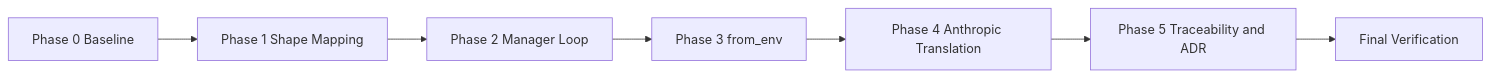
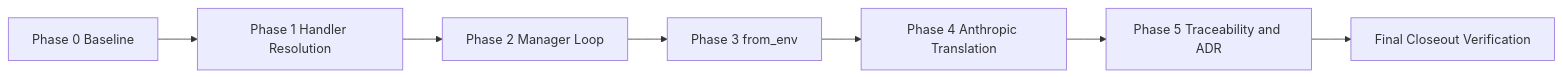
One commit to jaytaylor/attractor-tcl changed the third of 5 diagrams in docs/sprints/SPRINT-006-nlspec-adherence-gap-closure.md. Above: the diagram before and after it, drawn with Mermaid. The commit also changed other lines of this file, not shown here.

Commit message:
docs: rewrite sprint 006 as implementation plan baseline

````diff
--- a/docs/sprints/SPRINT-006-nlspec-adherence-gap-closure.md
+++ b/docs/sprints/SPRINT-006-nlspec-adherence-gap-closure.md
@@ -741,9 +549,9 @@
 ```mermaid
 flowchart LR
-  A[Phase 0 Baseline] --> B[Phase 1 Shape Mapping]
+  A[Phase 0 Baseline] --> B[Phase 1 Handler Resolution]
   B --> C[Phase 2 Manager Loop]
   C --> D[Phase 3 from_env]
   D --> E[Phase 4 Anthropic Translation]
   E --> F[Phase 5 Traceability and ADR]
-  F --> G[Final Verification]
+  F --> G[Final Closeout Verification]
 ```
````
